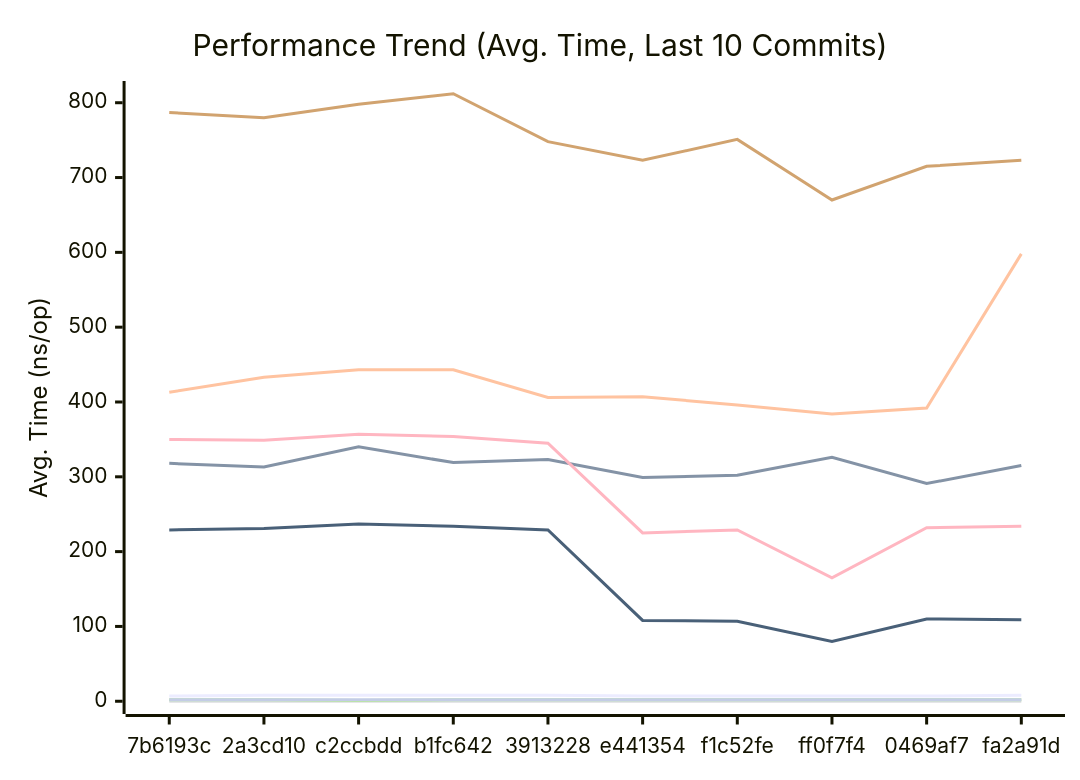
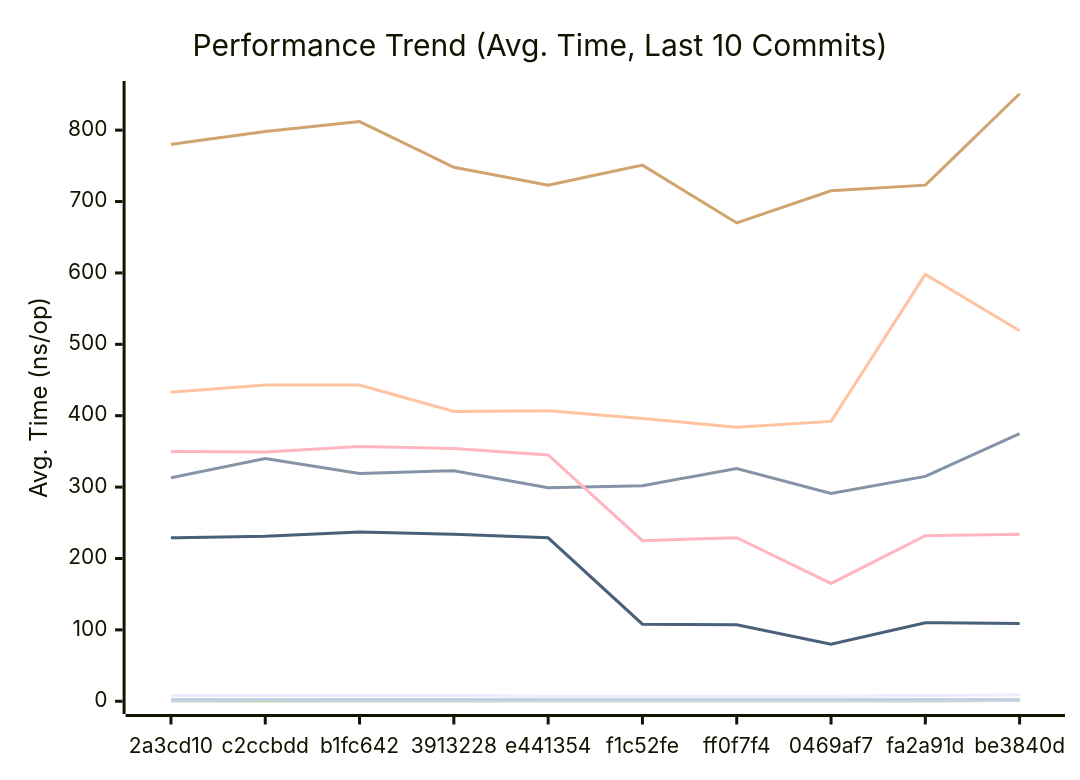
The first of 3 diagrams in docs/PERFORMANCE.md (alsotoes/momo), drawn with Mermaid before and after one commit. The commit also changed other lines of this file and 1 other file, not shown here.

````diff
--- a/docs/PERFORMANCE.md
+++ b/docs/PERFORMANCE.md
@@ -80,16 +80,16 @@
 ```mermaid
 xychart-beta
     title "Performance Trend (Avg. Time, Last 10 Commits)"
     x-axis "Commit"
     y-axis "Avg. Time (ns/op)"
-    x-axis [7b6193c,2a3cd10,c2ccbdd,b1fc642,3913228,e441354,f1c52fe,ff0f7f4,0469af7,fa2a91d]
-    line "CheckMetricsAndSwap" [7,8,8,8,8,7,7,7,7,8]
-    line "CrushOptimized" [318,313,340,319,323,299,302,326,291,315]
-    line "CrushOriginal" [413,433,443,443,406,407,396,384,392,598]
-    line "IndexDirectTracking" [0,0,0,0,0,0,0,0,0,0]
-    line "IndexSearch" [2,2,1,2,2,2,2,2,2,2]
-    line "LoadGlobalConfig" [787,780,798,812,748,723,751,670,715,723]
+    x-axis [2a3cd10,c2ccbdd,b1fc642,3913228,e441354,f1c52fe,ff0f7f4,0469af7,fa2a91d,be3840d]
+    line "CheckMetricsAndSwap" [8,8,8,8,7,7,7,7,8,9]
+    line "CrushOptimized" [313,340,319,323,299,302,326,291,315,375]
+    line "CrushOriginal" [433,443,443,406,407,396,384,392,598,519]
+    line "IndexDirectTracking" [0,0,0,0,0,0,0,0,0,1]
+    line "IndexSearch" [2,1,2,2,2,2,2,2,2,2]
+    line "LoadGlobalConfig" [780,798,812,748,723,751,670,715,723,851]
     line "PadString" [2,2,2,2,2,2,2,2,2,2]
     line "ParseReplicationOrder_NoPrealloc" [350,349,357,354,345,225,229,165,232,234]
     line "ParseReplicationOrder_Prealloc" [229,231,237,234,229,108,107,80,110,109]
 ```
````
